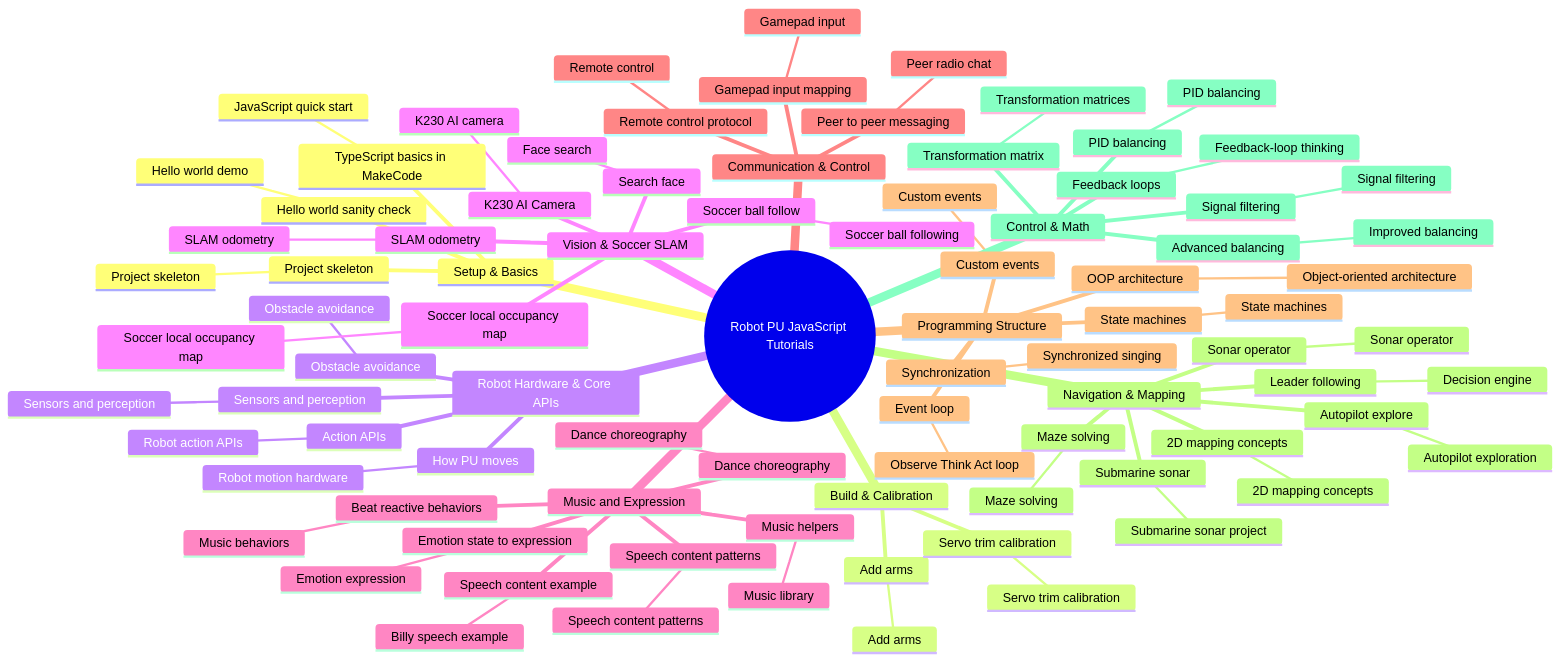
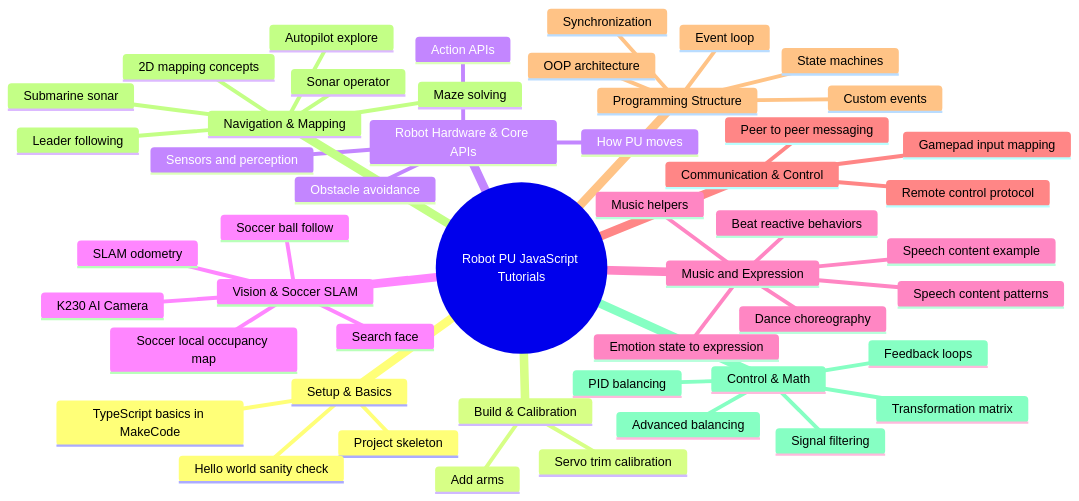
The first of 2 diagrams in tutorials/JavaScripts/README.md (robotgyms/pxt-robotpu), drawn with Mermaid before and after one commit. The commit also changed other lines of this file, not shown here.

Commit message:
update readme in javascript tutorial

````diff
--- a/tutorials/JavaScripts/README.md
+++ b/tutorials/JavaScripts/README.md
@@ -25,89 +25,50 @@
   root((Robot PU JavaScript Tutorials))
     Setup & Basics
       Project skeleton
-        Project skeleton
       Hello world sanity check
-        Hello world demo
       TypeScript basics in MakeCode
-        JavaScript quick start
     Build & Calibration
       Add arms
-        Add arms
       Servo trim calibration
-        Servo trim calibration
     Robot Hardware & Core APIs
       How PU moves
-        Robot motion hardware
       Action APIs
-        Robot action APIs
       Sensors and perception
-        Sensors and perception
       Obstacle avoidance
-        Obstacle avoidance
     Vision & Soccer SLAM
       K230 AI Camera
-        K230 AI camera
       Search face
-        Face search
       SLAM odometry
-        SLAM odometry
       Soccer ball follow
-        Soccer ball following
       Soccer local occupancy map
-        Soccer local occupancy map
     Music and Expression
       Beat reactive behaviors
-        Music behaviors
       Music helpers
-        Music library
       Dance choreography
-        Dance choreography
       Emotion state to expression
-        Emotion expression
       Speech content patterns
-        Speech content patterns
       Speech content example
-        Billy speech example
     Communication & Control
       Remote control protocol
-        Remote control
       Gamepad input mapping
-        Gamepad input
       Peer to peer messaging
-        Peer radio chat
     Programming Structure
       Event loop
-        Observe Think Act loop
       Custom events
-        Custom events
       State machines
-        State machines
       OOP architecture
-        Object-oriented architecture
       Synchronization
-        Synchronized singing
     Navigation & Mapping
       Maze solving
-        Maze solving
       Autopilot explore
-        Autopilot exploration
       Leader following
-        Decision engine
       Sonar operator
-        Sonar operator
       Submarine sonar
-        Submarine sonar project
       2D mapping concepts
-        2D mapping concepts
     Control & Math
       Transformation matrix
-        Transformation matrices
       Feedback loops
-        Feedback-loop thinking
       Signal filtering
-        Signal filtering
       PID balancing
-        PID balancing
       Advanced balancing
-        Improved balancing
 ```
````
